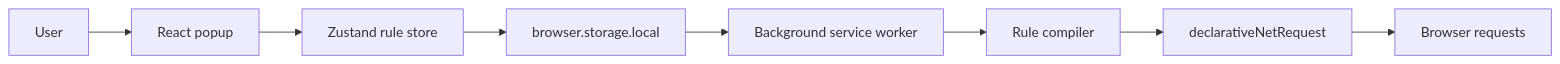
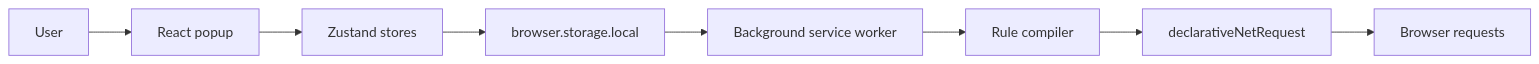
The diagram in docs/architecture.md (ikranjec99/echo), drawn with Mermaid before and after one commit. The commit also changed other lines of this file and 21 other files, not shown here.

````diff
--- a/docs/architecture.md
+++ b/docs/architecture.md
@@ -10,10 +10,10 @@
 ```mermaid
 flowchart LR
     User["User"] --> Popup["React popup"]
-    Popup --> Store["Zustand rule store"]
+    Popup --> Store["Zustand stores"]
     Store --> Storage["browser.storage.local"]
     Storage --> Worker["Background service worker"]
     Worker --> Compiler["Rule compiler"]
     Compiler --> DNR["declarativeNetRequest"]
     DNR --> Requests["Browser requests"]
 ```
````
